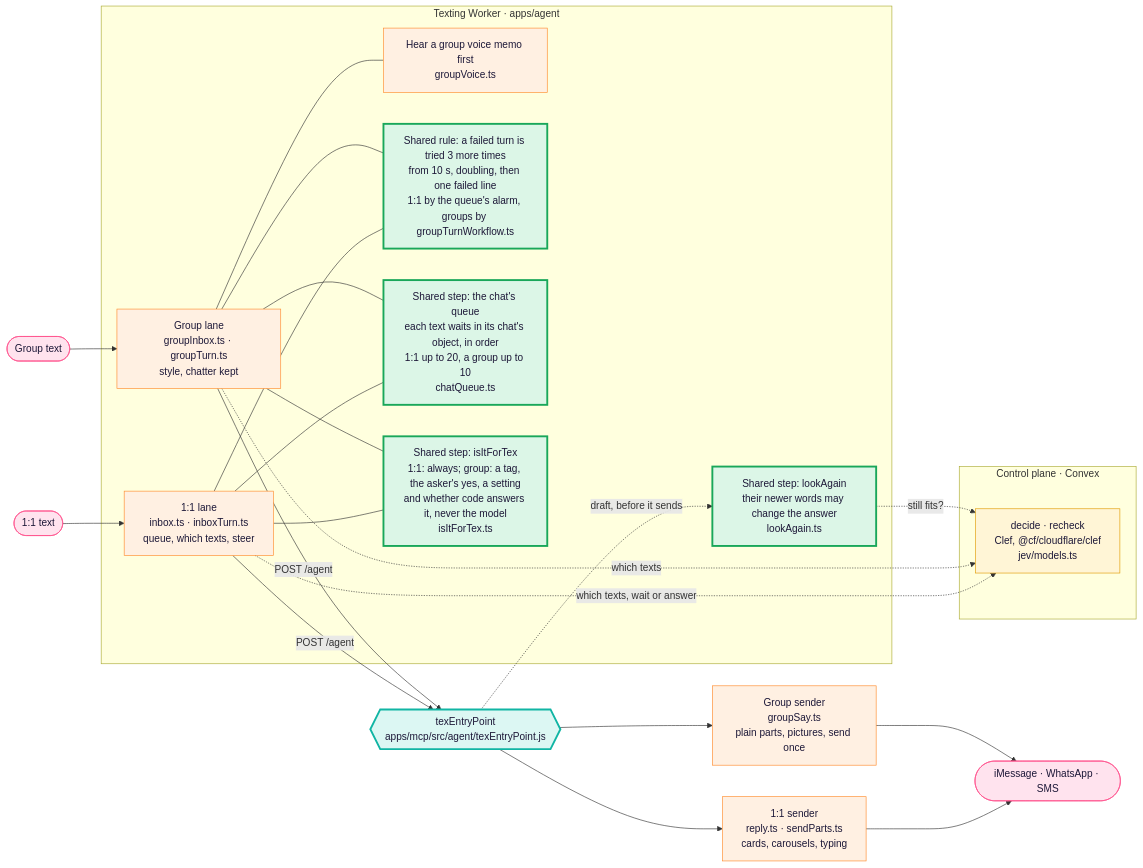
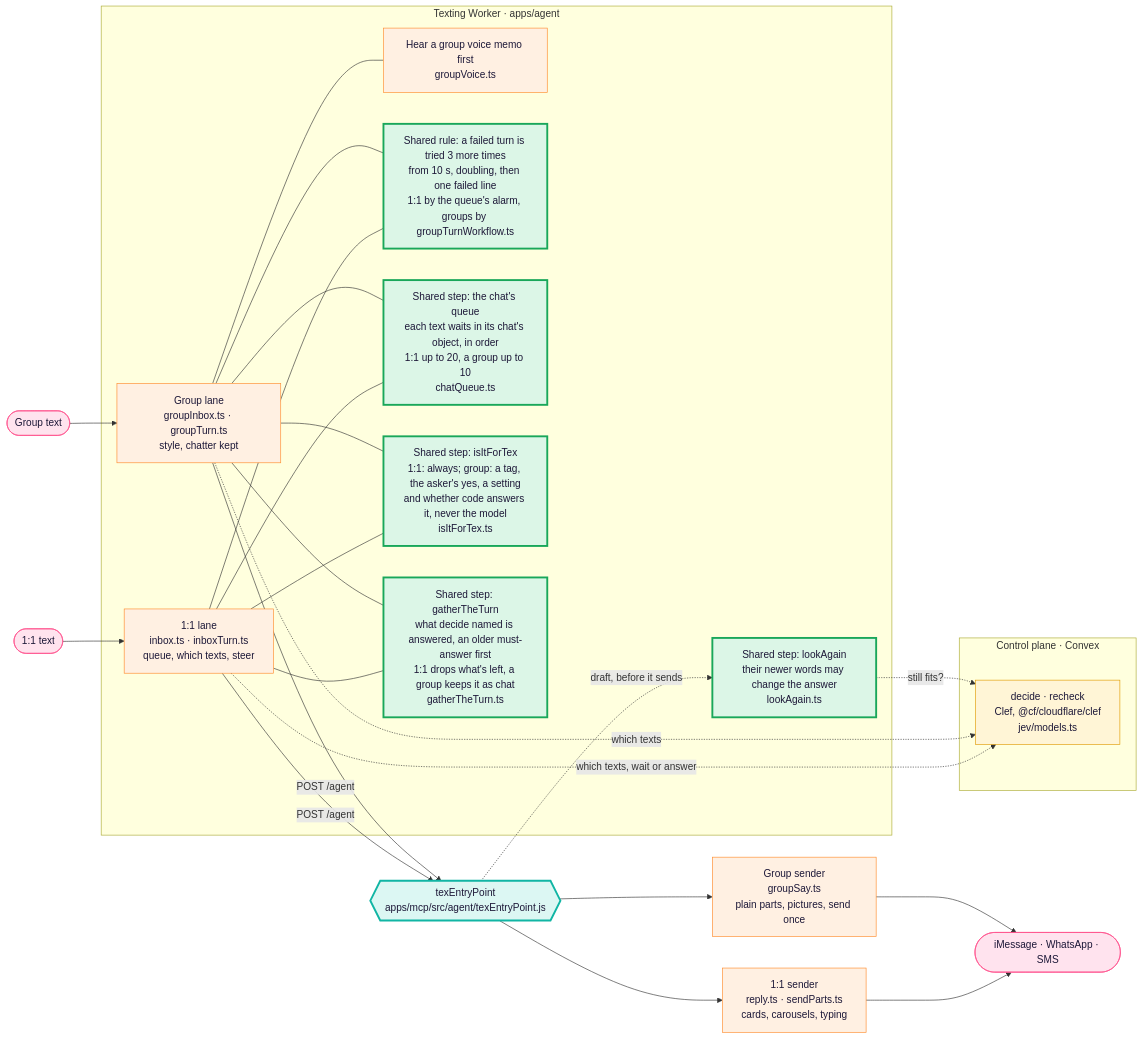
Before and after one commit to Supa-Media/context: the first of 3 diagrams in docs/architecture/tex.md, drawn with Mermaid. The commit also changed other lines of this file and 4 other files, not shown here.

First line of the commit message:
Gather a turn by one rule in a 1:1 chat and a group

````diff
--- a/docs/architecture/tex.md
+++ b/docs/architecture/tex.md
@@ -22,40 +22,43 @@
 ```mermaid
 flowchart LR
   P1([1:1 text]):::you --> W1
   P2([Group text]):::you --> W2
   subgraph Worker["Texting Worker · apps/agent"]
     W1["1:1 lane<br/>inbox.ts · inboxTurn.ts<br/>queue, which texts, steer"]:::pipe
     W2["Group lane<br/>groupInbox.ts · groupTurn.ts<br/>style, chatter kept"]:::pipe
     H["Hear a group voice memo first<br/>groupVoice.ts"]:::pipe
     W2 --- H
     LA["Shared step: lookAgain<br/>their newer words may change the answer<br/>lookAgain.ts"]:::shared
     RT["Shared rule: a failed turn is tried 3 more times<br/>from 10 s, doubling, then one failed line<br/>1:1 by the queue's alarm, groups by groupTurnWorkflow.ts"]:::shared
     W1 --- RT
     W2 --- RT
     Q["Shared step: the chat's queue<br/>each text waits in its chat's object, in order<br/>1:1 up to 20, a group up to 10<br/>chatQueue.ts"]:::shared
     W1 --- Q
     W2 --- Q
     FT["Shared step: isItForTex<br/>1:1: always; group: a tag, the asker's yes, a setting<br/>and whether code answers it, never the model<br/>isItForTex.ts"]:::shared
     W1 --- FT
     W2 --- FT
+    GT["Shared step: gatherTheTurn<br/>what decide named is answered, an older must-answer first<br/>1:1 drops what's left, a group keeps it as chat<br/>gatherTheTurn.ts"]:::shared
+    W1 --- GT
+    W2 --- GT
   end
   subgraph Control["Control plane · Convex"]
     D["decide · recheck<br/>Clef, @cf/cloudflare/clef<br/>jev/models.ts"]:::judge
   end
   W1 -. which texts, wait or answer .-> D
   W2 -. which texts .-> D
   E -. draft, before it sends .-> LA
   LA -. still fits? .-> D
   W1 -->|POST /agent| E
   W2 -->|POST /agent| E
   E{{"texEntryPoint<br/>apps/mcp/src/agent/texEntryPoint.js"}}:::door
   E --> S1["1:1 sender<br/>reply.ts · sendParts.ts<br/>cards, carousels, typing"]:::pipe
   E --> S2["Group sender<br/>groupSay.ts<br/>plain parts, pictures, send once"]:::pipe
   S1 --> Out([iMessage · WhatsApp · SMS]):::you
   S2 --> Out
   classDef you fill:#ffe3ee,stroke:#ff4f8b,color:#1d1838
   classDef pipe fill:#fff0e2,stroke:#ff8a2a,color:#1d1838
   classDef door fill:#dcf7f3,stroke:#11b5a4,stroke-width:3px,color:#1d1838
   classDef judge fill:#fff5d6,stroke:#e09a00,color:#1d1838
   classDef shared fill:#dcf6e7,stroke:#19a75a,stroke-width:3px,color:#1d1838
 ```
````
